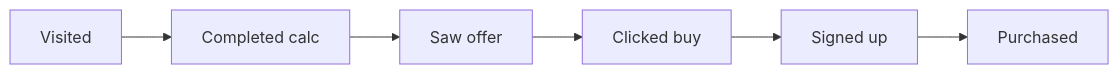
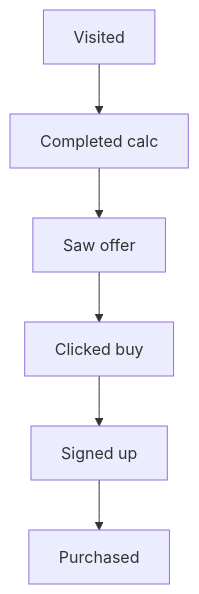
One commit to gabrieldacostarosa/energcalc-docs changed the diagram in content/en/08-dashboard.md. Above: the diagram before and after it, drawn with Mermaid. The commit also changed 16 other files, not shown here.

First line of the commit message:
Oferta de boas-vindas, diagramas legíveis com "Ampliar" e SEO

````diff
--- a/content/en/08-dashboard.md
+++ b/content/en/08-dashboard.md
@@ -45,4 +45,4 @@
 ```mermaid
-flowchart LR
+flowchart TD
   A[Visited] --> B[Completed calc] --> C[Saw offer] --> D[Clicked buy] --> E[Signed up] --> F[Purchased]
 ```
````
